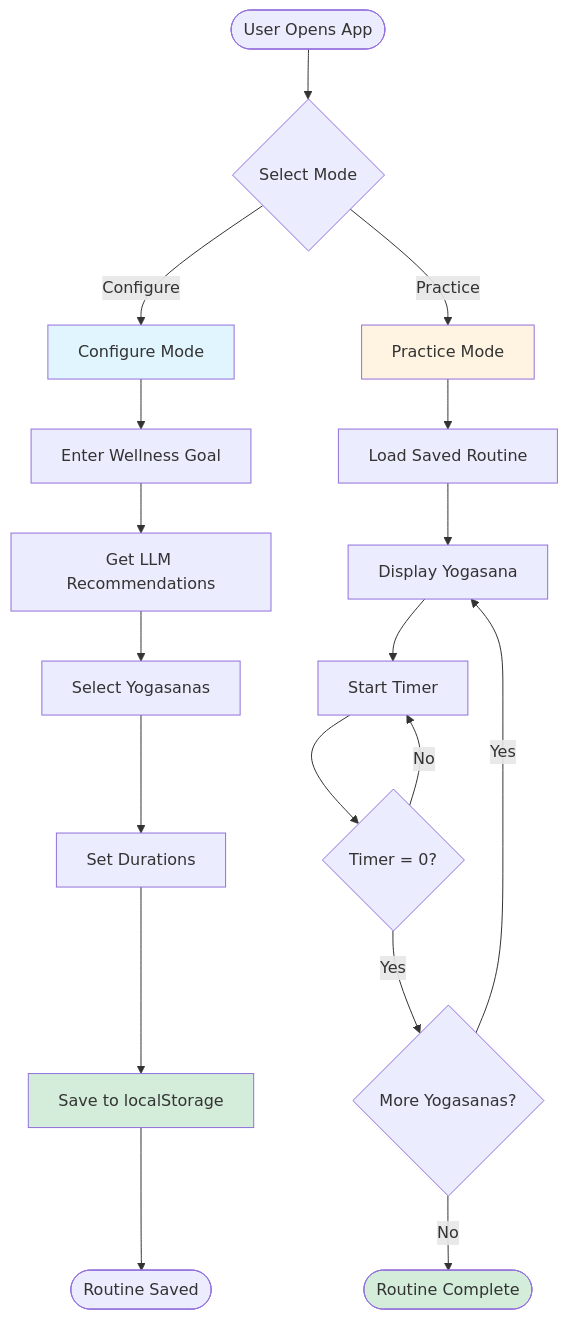
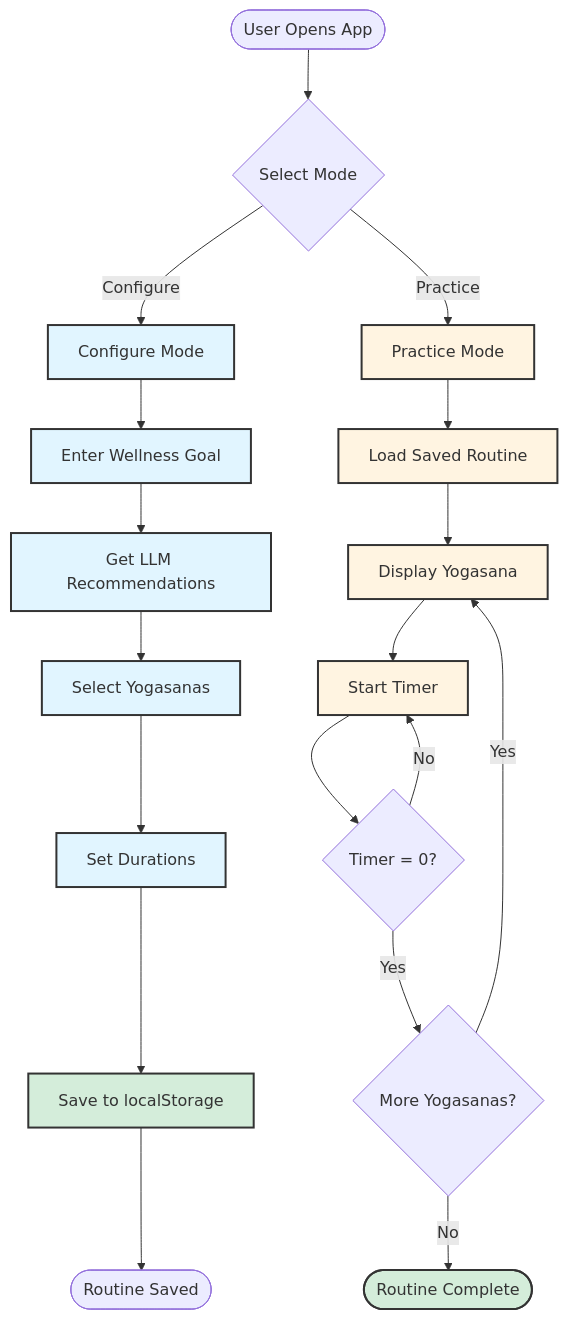
The first of 8 diagrams in projects/wellness_guide/architecture.md (Roopesht/codeexamples), drawn with Mermaid before and after one commit. The commit also changed other lines of this file, not shown here.

````diff
--- a/projects/wellness_guide/architecture.md
+++ b/projects/wellness_guide/architecture.md
@@ -5,27 +5,30 @@
 ```mermaid
-flowchart TD
+graph TD
     Start([User Opens App]) --> ModeSelect{Select Mode}
     ModeSelect -->|Configure| ConfigMode[Configure Mode]
     ModeSelect -->|Practice| PracticeMode[Practice Mode]
     
     ConfigMode --> EnterGoal[Enter Wellness Goal]
     EnterGoal --> GetRecs[Get LLM Recommendations]
     GetRecs --> SelectYoga[Select Yogasanas]
     SelectYoga --> SetDuration[Set Durations]
     SetDuration --> SaveRoutine[Save to localStorage]
     SaveRoutine --> Done1([Routine Saved])
     
     PracticeMode --> LoadRoutine[Load Saved Routine]
     LoadRoutine --> DisplayYoga[Display Yogasana]
     DisplayYoga --> StartTimer[Start Timer]
     StartTimer --> TimerDone{Timer = 0?}
     TimerDone -->|No| StartTimer
     TimerDone -->|Yes| MoreYoga{More Yogasanas?}
     MoreYoga -->|Yes| DisplayYoga
     MoreYoga -->|No| Complete([Routine Complete])
     
-    style ConfigMode fill:#e1f5ff
-    style PracticeMode fill:#fff4e1
-    style SaveRoutine fill:#d4edda
-    style Complete fill:#d4edda
+    classDef configStyle fill:#e1f5ff,stroke:#333,stroke-width:2px
+    classDef practiceStyle fill:#fff4e1,stroke:#333,stroke-width:2px
+    classDef successStyle fill:#d4edda,stroke:#333,stroke-width:2px
+    
+    class ConfigMode,EnterGoal,GetRecs,SelectYoga,SetDuration configStyle
+    class PracticeMode,LoadRoutine,DisplayYoga,StartTimer practiceStyle
+    class SaveRoutine,Complete successStyle
 ```
````
